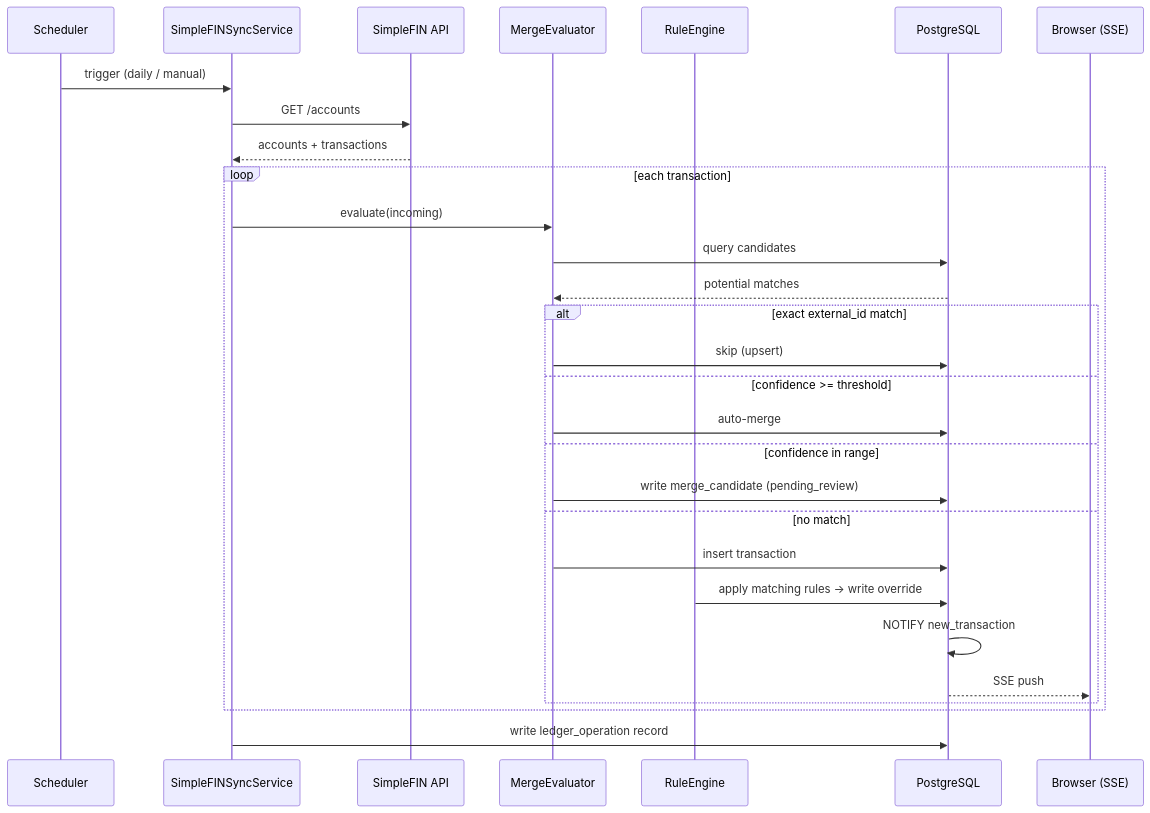
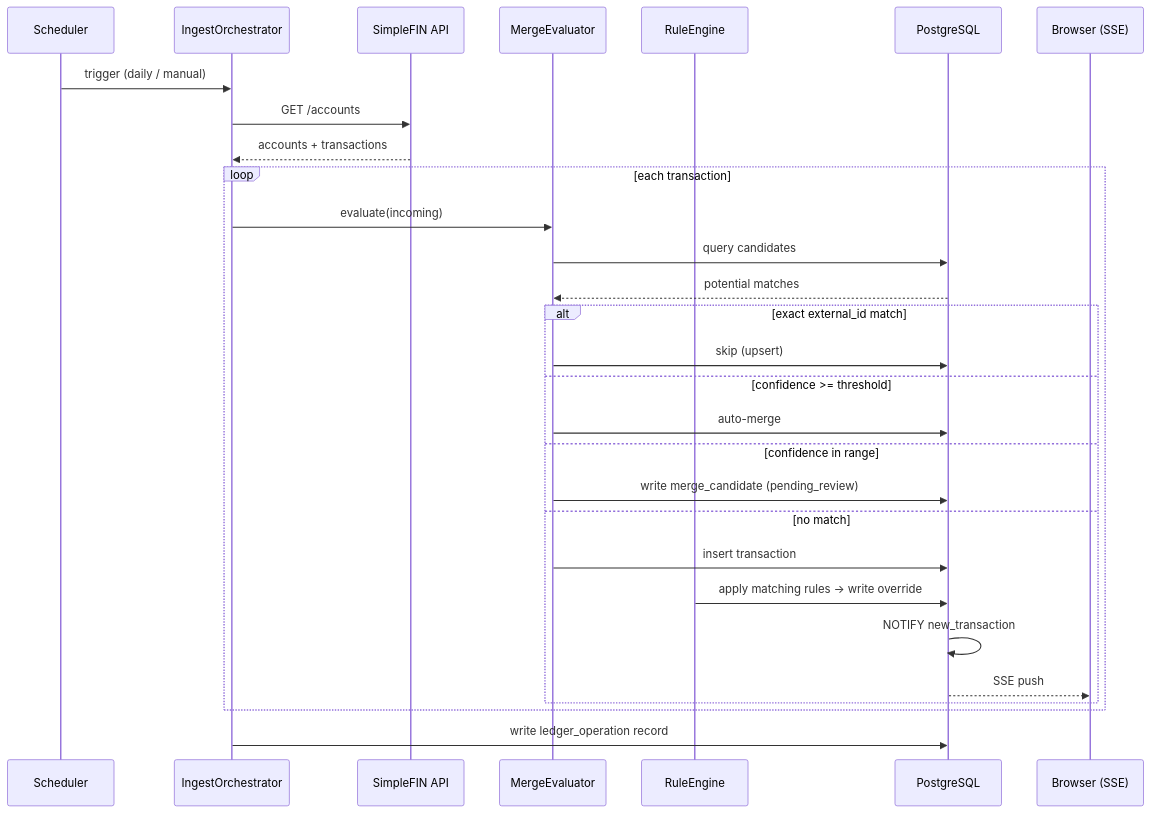
The second of 8 diagrams in docs/architecture.md (strongboxlabs/coffer), drawn with Mermaid before and after one commit. The commit also changed other lines of this file and 82 other files, not shown here.

````diff
--- a/docs/architecture.md
+++ b/docs/architecture.md
@@ -119,32 +139,32 @@
 ```mermaid
 sequenceDiagram
     participant Timer as Scheduler
-    participant Sync as SimpleFINSyncService
+    participant Sync as IngestOrchestrator
     participant SF as SimpleFIN API
     participant ME as MergeEvaluator
     participant RE as RuleEngine
     participant PG as PostgreSQL
     participant UI as Browser (SSE)
 
     Timer->>Sync: trigger (daily / manual)
     Sync->>SF: GET /accounts
     SF-->>Sync: accounts + transactions
     loop each transaction
         Sync->>ME: evaluate(incoming)
         ME->>PG: query candidates
         PG-->>ME: potential matches
         alt exact external_id match
             ME->>PG: skip (upsert)
         else confidence >= threshold
             ME->>PG: auto-merge
         else confidence in range
             ME->>PG: write merge_candidate (pending_review)
         else no match
             ME->>PG: insert transaction
             RE->>PG: apply matching rules -> write override
             PG->>PG: NOTIFY new_transaction
             PG-->>UI: SSE push
         end
     end
     Sync->>PG: write ledger_operation record
 ```
````
